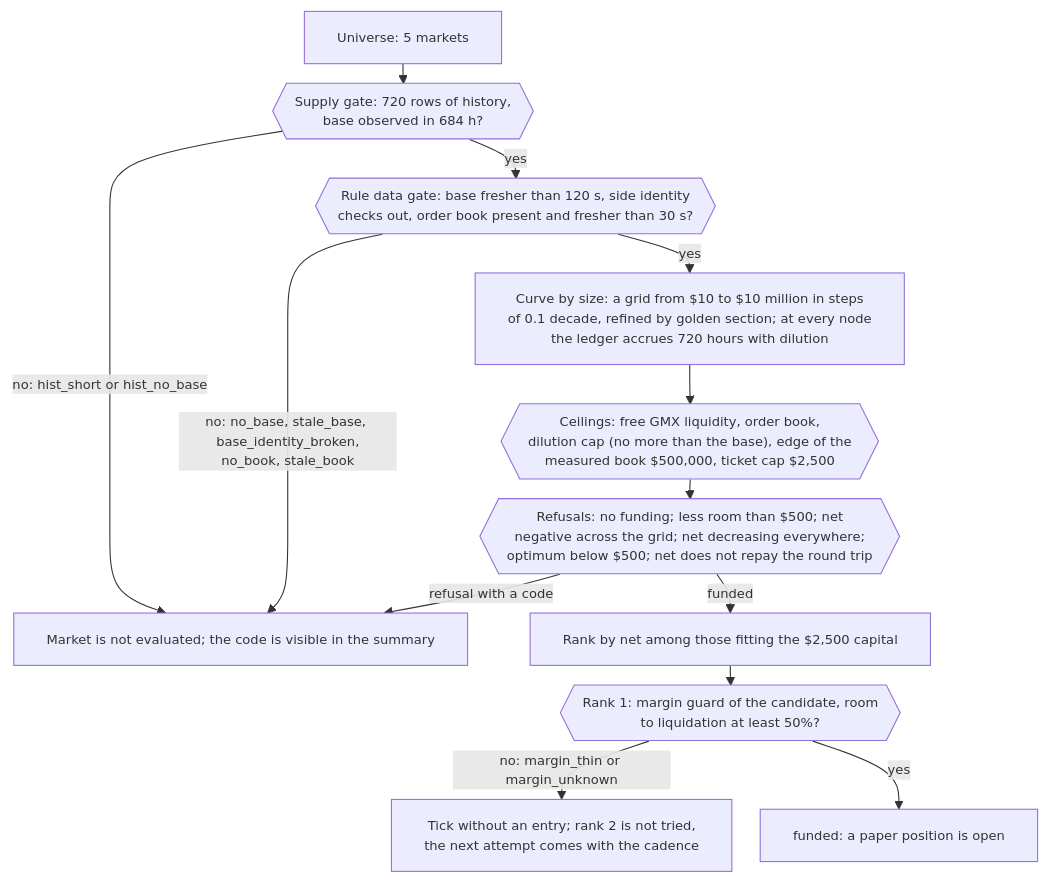
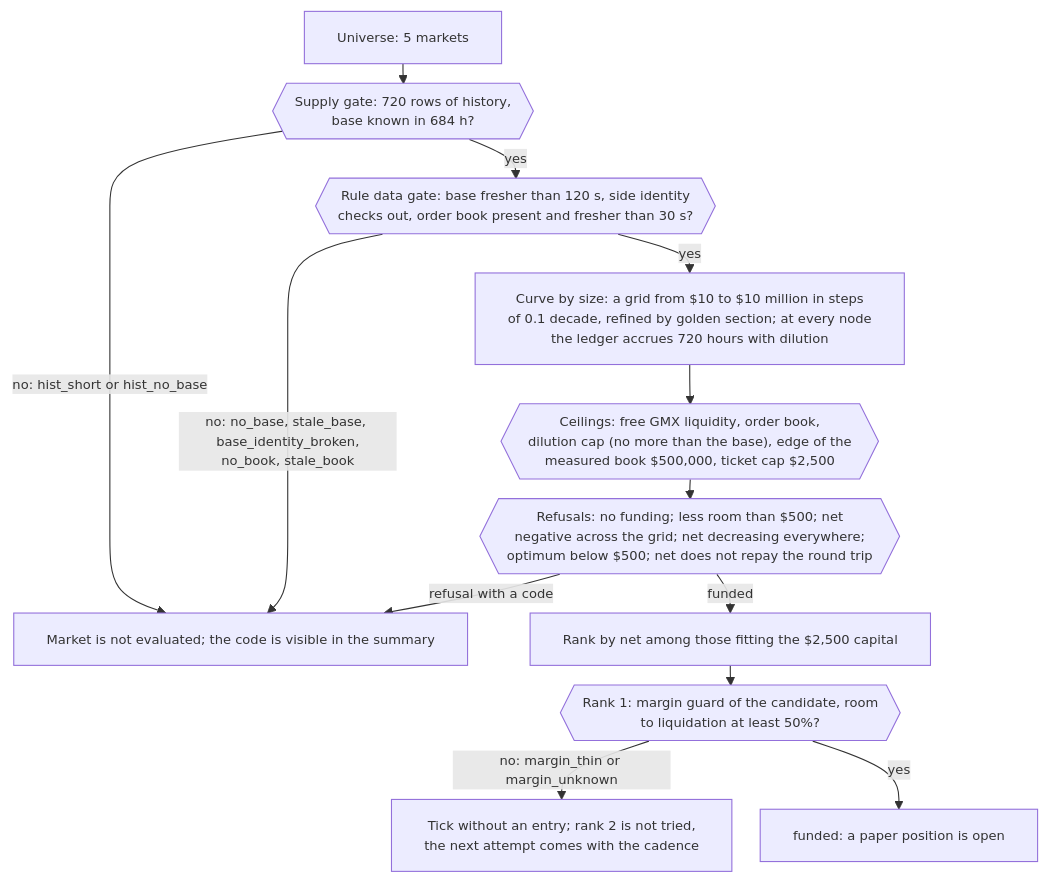
Before and after one commit to hamiltonalex/botLab: the third of 6 diagrams in botLab-desktop/docs/bot1-funding-arb-how-it-works.en.md, drawn with Mermaid. The commit also changed other lines of this file and 19 other files, not shown here.

````diff
--- a/botLab-desktop/docs/bot1-funding-arb-how-it-works.en.md
+++ b/botLab-desktop/docs/bot1-funding-arb-how-it-works.en.md
@@ -201,16 +222,16 @@
 ```mermaid
 %%{init: {"themeVariables": {"fontSize": "12px"}, "flowchart": {"nodeSpacing": 26, "rankSpacing": 18, "diagramPadding": 4, "wrappingWidth": 380}}}%%
 flowchart TD
-    A["Universe: 5 markets"] --> B{{"Supply gate: 720 rows of history,<br/>base observed in 684 h?"}}
+    A["Universe: 5 markets"] --> B{{"Supply gate: 720 rows of history,<br/>base known in 684 h?"}}
     B -- "no: hist_short or hist_no_base" --> X["Market is not evaluated; the code is visible in the summary"]
     B -- "yes" --> C{{"Rule data gate: base fresher than 120 s, side identity<br/>checks out, order book present and fresher than 30 s?"}}
     C -- "no: no_base, stale_base, base_identity_broken,<br/>no_book, stale_book" --> X
     C -- "yes" --> D["Curve by size: a grid from $10 to $10 million in steps<br/>of 0.1 decade, refined by golden section; at every node<br/>the ledger accrues 720 hours with dilution"]
     D --> E{{"Ceilings: free GMX liquidity, order book,<br/>dilution cap (no more than the base), edge of the<br/>measured book $500,000, ticket cap $2,500"}}
     E --> F{{"Refusals: no funding; less room than $500; net<br/>negative across the grid; net decreasing everywhere;<br/>optimum below $500; net does not repay the round trip"}}
     F -- "refusal with a code" --> X
     F -- "funded" --> G["Rank by net among those fitting the $2,500 capital"]
     G --> H{{"Rank 1: margin guard of the candidate, room<br/>to liquidation at least 50%?"}}
     H -- "no: margin_thin or margin_unknown" --> Y["Tick without an entry; rank 2 is not tried,<br/>the next attempt comes with the cadence"]
     H -- "yes" --> I["funded: a paper position is open"]
 ```
````
